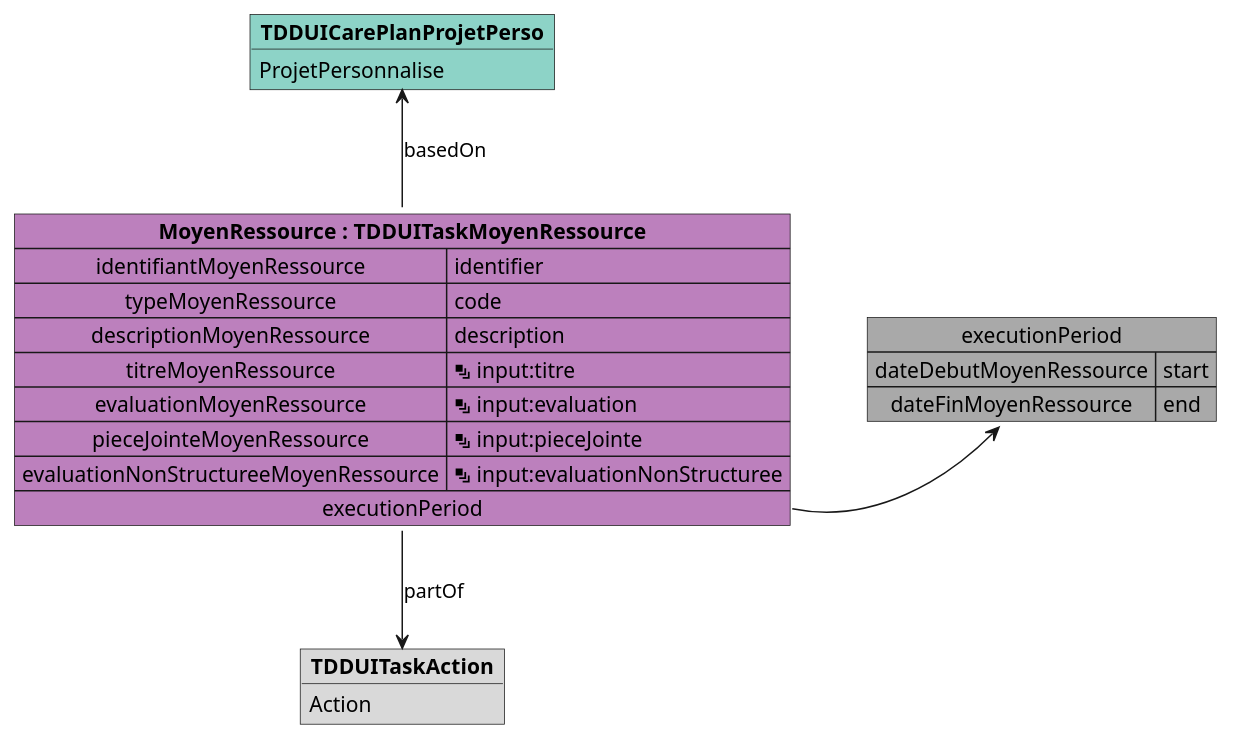
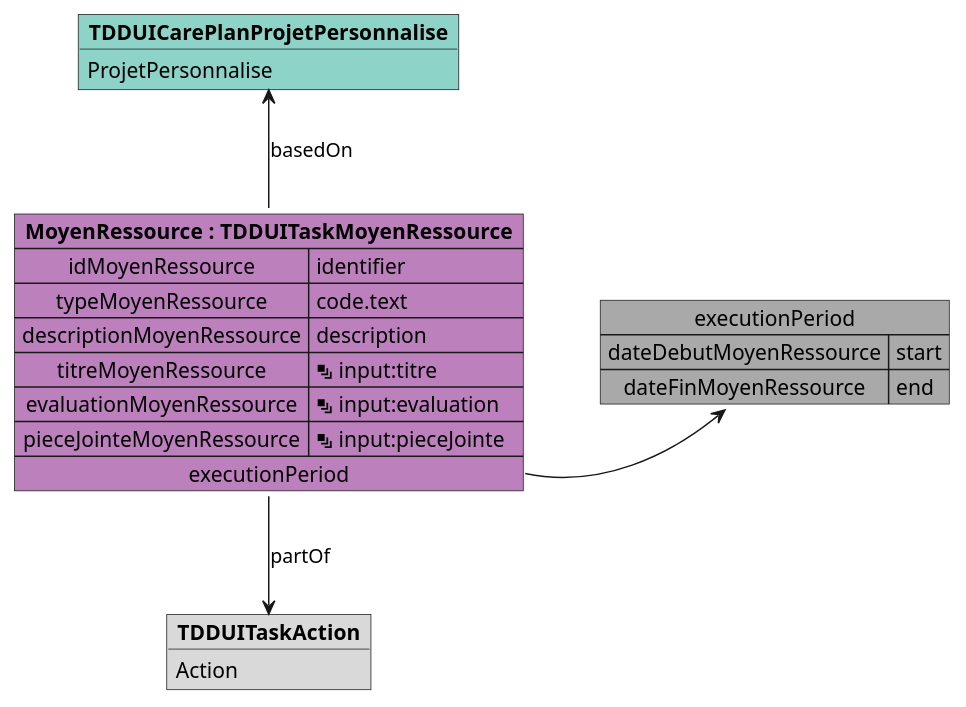
Before and after one commit to ansforge/IG-fhir-medicosocial-transfert-donnees-dui: the diagram in input/images-source/mapping_TDDUITaskMoyenRessource.plantuml, drawn with PlantUML. The commit also changed 24 other files, not shown here.

```diff
--- a/input/images-source/mapping_TDDUITaskMoyenRessource.plantuml
+++ b/input/images-source/mapping_TDDUITaskMoyenRessource.plantuml
@@ -1,30 +1,29 @@
 @startuml
 
 map "executionPeriod" as executionPeriod #DarkGray {
     dateDebutMoyenRessource => start
     dateFinMoyenRessource => end
 }
 
-object "**TDDUICarePlanProjetPerso**" as TDDUICarePlanProjetPerso_basedOn #8dd3c7 {
+object "**TDDUICarePlanProjetPersonnalise**" as TDDUICarePlanProjetPersonnalise_basedOn #8dd3c7 {
     ProjetPersonnalise
 }
 
 object "**TDDUITaskAction**" as TDDUITaskAction_partOf #d9d9d9 {
     Action
 }
 
 map "**MoyenRessource : TDDUITaskMoyenRessource**" as MoyenRessource #bc80bd {
-    identifiantMoyenRessource => identifier
-    typeMoyenRessource => code
+    idMoyenRessource => identifier
+    typeMoyenRessource => code.text
     descriptionMoyenRessource => description
     titreMoyenRessource => <&layers> input:titre
     evaluationMoyenRessource => <&layers> input:evaluation
     pieceJointeMoyenRessource => <&layers> input:pieceJointe
-    evaluationNonStructureeMoyenRessource => <&layers> input:evaluationNonStructuree
     executionPeriod *-> executionPeriod
 }
 
-MoyenRessource -u-> TDDUICarePlanProjetPerso_basedOn : basedOn
+MoyenRessource -u-> TDDUICarePlanProjetPersonnalise_basedOn : basedOn
 MoyenRessource -d-> TDDUITaskAction_partOf : partOf
 
 @enduml
```
